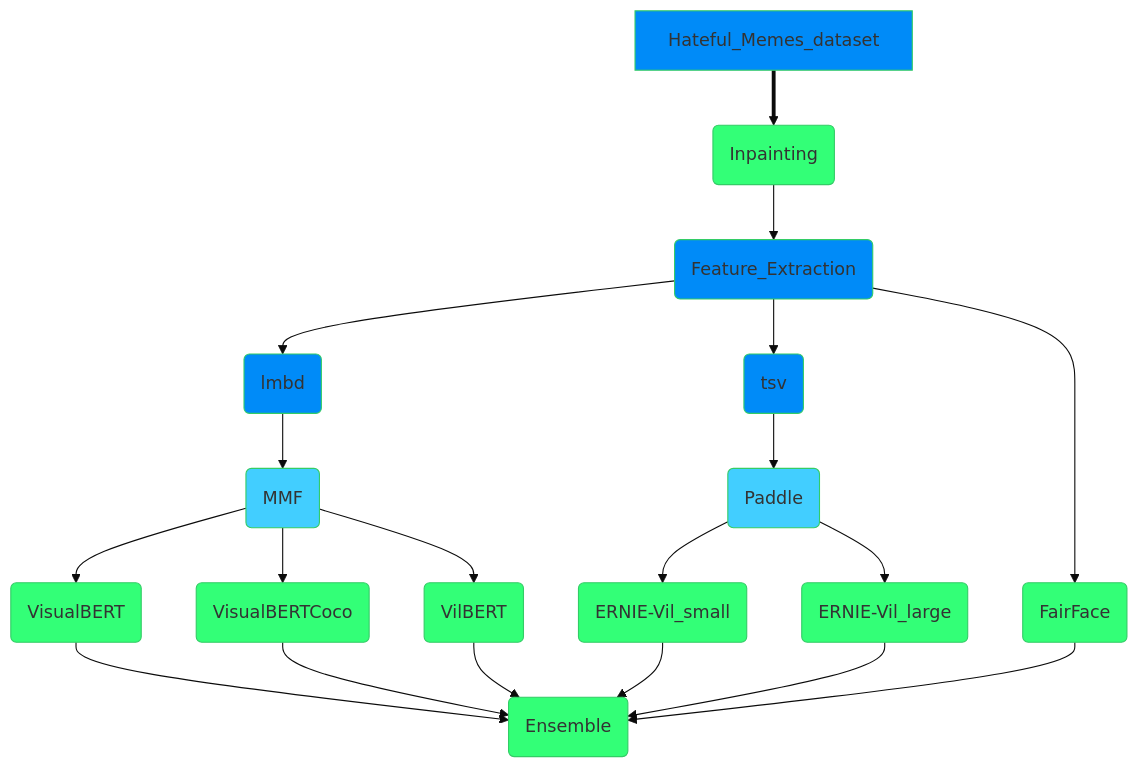
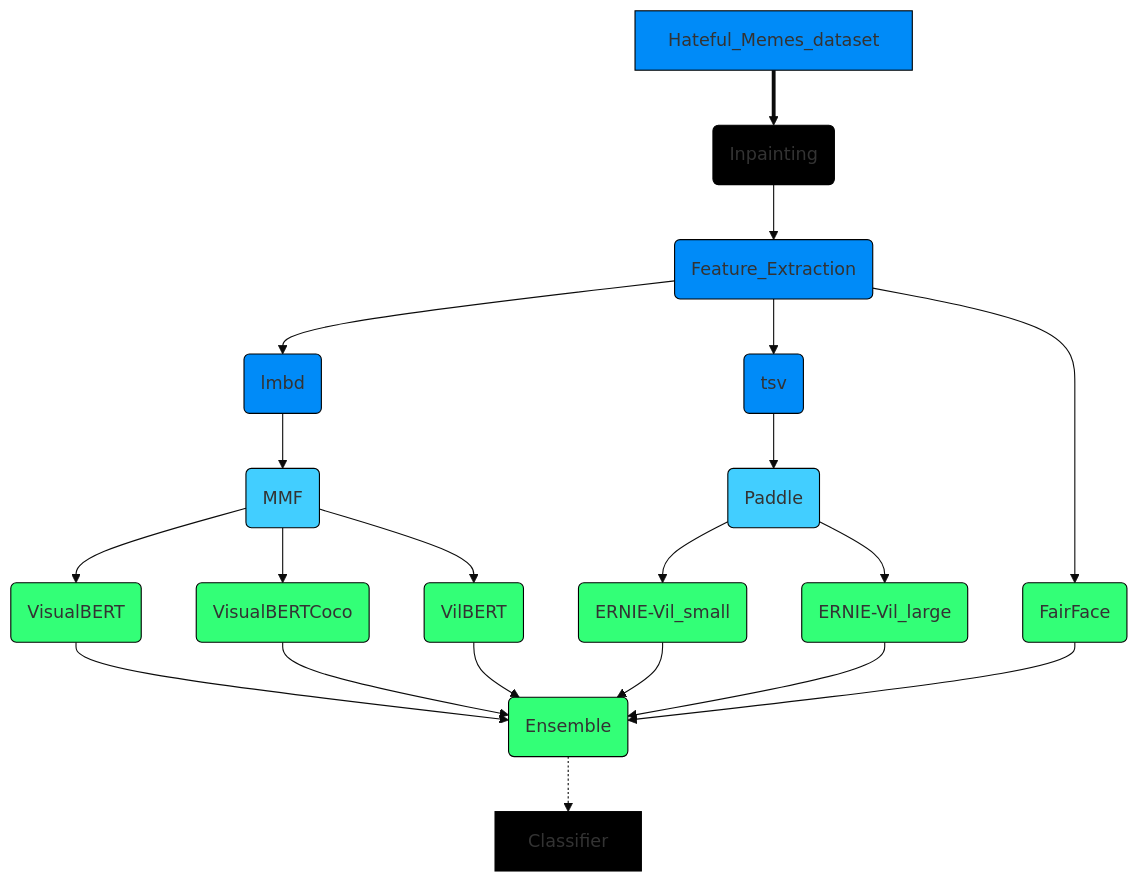
The diagram in README.md (JanLeyva/approach_TFM), drawn with Mermaid before and after one commit.

````diff
--- a/README.md
+++ b/README.md
@@ -8,28 +8,31 @@
 ```mermaid
-%%{init: {'theme': 'base', 'themeVariables': { 'primaryColor': '#33FF77', 
+%%{init: {'theme': 'base', 'themeVariables': { 'primaryColor': '#000000', 
 'edgeLabelBackground':'#000000', 'secondaryColor': '#000000','tertiaryColor': '#000000',
 'defaultLinkColor': '#000605'}}}%%
   graph TD;
       Hateful_Memes_dataset:::header==>B(Inpainting);
       B-->C(Feature_Extraction)
       C:::header-->D(lmbd);
       C-->E(tsv);
       C-->N(FairFace);
       E:::header-->F(Paddle);
       F:::subheader-->G(ERNIE-Vil_small);
       F:::subheader-->M(ERNIE-Vil_large);
       D:::header-->H(MMF);
       H:::subheader-->I(VisualBERT);
       H-->J(VisualBERTCoco);
       H-->K(VilBERT);
       I:::models-->L(Ensemble);
       J:::models-->L;
       K:::models-->L;
       G:::models-->L;
       M:::models-->L;
       N:::models-->L;
+      L:::ensemble-.->Classifier;
       
       classDef header fill:#008BF8;
       classDef subheader fill:#42CEFF;
       classDef models fill:#33FF77;
+      classDef ensemble fill:#33FF77;
+      
 ```
````
